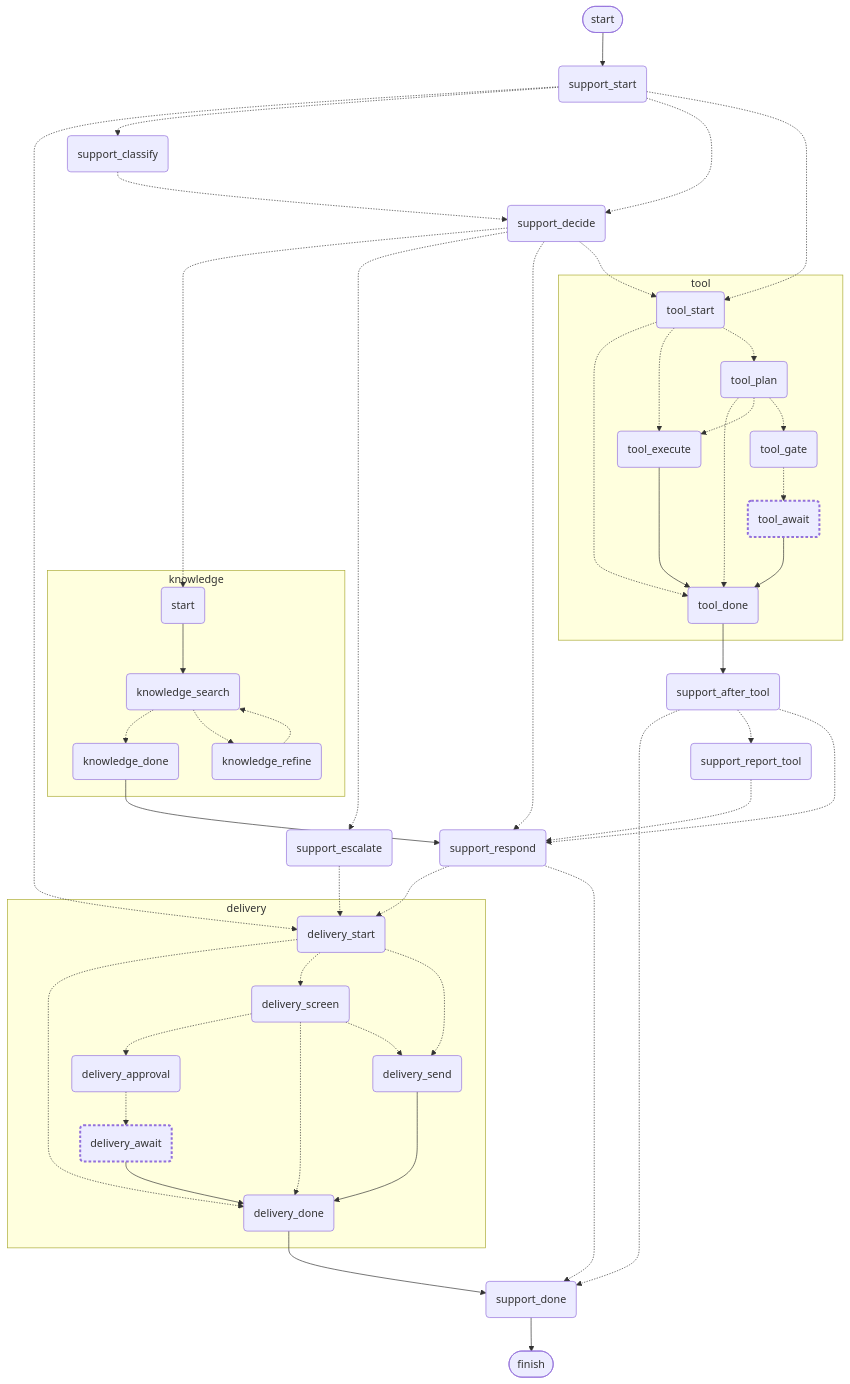
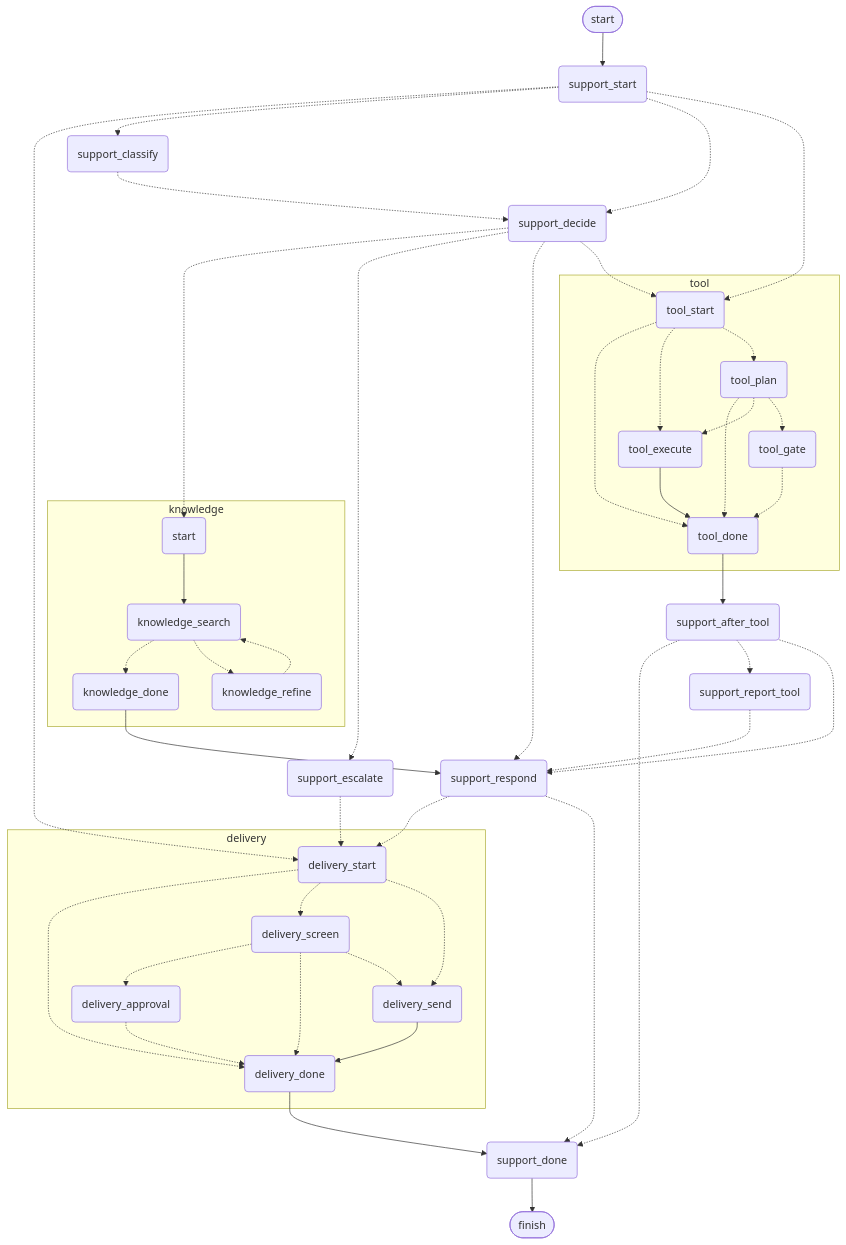
The diagram in src/content/posts/agent-graph-engineering/06-subgraphs-multi-agent-system.md (huynguyengl99/huynguyengl99.github.io), drawn with Mermaid before and after one commit. The commit also changed other lines of this file and 6 other files, not shown here.

First line of the commit message:
Part 7: human in the loop, not in the graph

````diff
--- a/src/content/posts/agent-graph-engineering/06-subgraphs-multi-agent-system.md
+++ b/src/content/posts/agent-graph-engineering/06-subgraphs-multi-agent-system.md
@@ -63,81 +63,74 @@
 ```mermaid
 graph TD;
     start([start])
     support_start(support_start)
     support_classify(support_classify)
     support_decide(support_decide)
     support_escalate(support_escalate)
     support_report_tool(support_report_tool)
     support_respond(support_respond)
     support_after_tool(support_after_tool)
     support_done(support_done)
     finish([finish])
     start --> support_start;
     delivery_done --> support_done;
     knowledge_done --> support_respond;
     support_after_tool -.-> support_done;
     support_after_tool -.-> support_report_tool;
     support_after_tool -.-> support_respond;
     support_classify -.-> support_decide;
     support_decide -.-> knowledge_entry;
     support_decide -.-> support_escalate;
     support_decide -.-> support_respond;
     support_decide -.-> tool_start;
     support_escalate -.-> delivery_start;
     support_report_tool -.-> support_respond;
     support_respond -.-> delivery_start;
     support_respond -.-> support_done;
     support_start -.-> delivery_start;
     support_start -.-> support_classify;
     support_start -.-> support_decide;
     support_start -.-> tool_start;
     tool_done --> support_after_tool;
     support_done --> finish;
     subgraph knowledge
     knowledge_entry(start)
     knowledge_search(knowledge_search)
     knowledge_refine(knowledge_refine)
     knowledge_done(knowledge_done)
     knowledge_entry --> knowledge_search;
     knowledge_refine -.-> knowledge_search;
     knowledge_search -.-> knowledge_done;
     knowledge_search -.-> knowledge_refine;
     end
     subgraph tool
     tool_start(tool_start)
     tool_plan(tool_plan)
     tool_gate(tool_gate)
-    tool_await(tool_await)
     tool_execute(tool_execute)
     tool_done(tool_done)
-    tool_await --> tool_done;
     tool_execute --> tool_done;
-    tool_gate -.-> tool_await;
+    tool_gate -.-> tool_done;
     tool_plan -.-> tool_done;
     tool_plan -.-> tool_execute;
     tool_plan -.-> tool_gate;
     tool_start -.-> tool_done;
     tool_start -.-> tool_execute;
     tool_start -.-> tool_plan;
     end
     subgraph delivery
     delivery_start(delivery_start)
     delivery_screen(delivery_screen)
     delivery_approval(delivery_approval)
-    delivery_await(delivery_await)
     delivery_send(delivery_send)
     delivery_done(delivery_done)
-    delivery_approval -.-> delivery_await;
-    delivery_await --> delivery_done;
+    delivery_approval -.-> delivery_done;
     delivery_screen -.-> delivery_approval;
     delivery_screen -.-> delivery_done;
     delivery_screen -.-> delivery_send;
     delivery_send --> delivery_done;
     delivery_start -.-> delivery_done;
     delivery_start -.-> delivery_screen;
     delivery_start -.-> delivery_send;
     end
-    classDef blocking stroke-width:3px,stroke-dasharray:4 3;
-    class delivery_await blocking;
-    class tool_await blocking;
 ```
````
